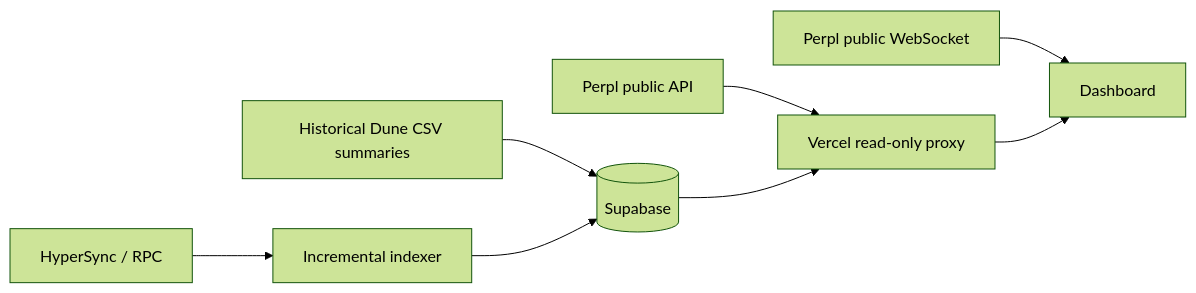
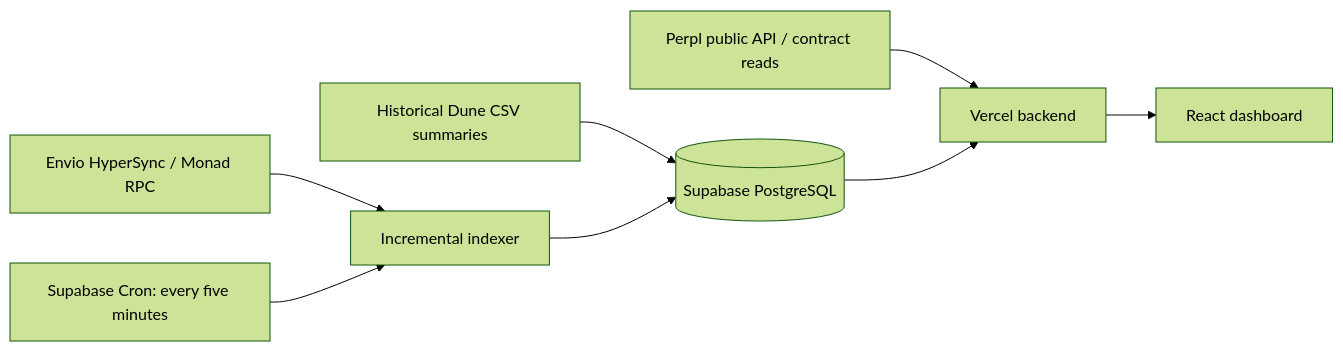
Before and after one commit to SohamP99/perpl-analytics: the diagram in README.md, drawn with Mermaid (forest theme). The commit also changed other lines of this file and 66 other files, not shown here.

````diff
--- a/README.md
+++ b/README.md
@@ -65,10 +23,10 @@
 ```mermaid
 flowchart LR
-  API[Perpl public API] --> V[Vercel read-only proxy]
-  WS[Perpl public WebSocket] --> UI[Dashboard]
-  H[HyperSync / RPC] --> I[Incremental indexer]
-  D[Historical Dune CSV summaries] --> DB[(Supabase)]
+  D[Historical Dune CSV summaries] --> DB[(Supabase PostgreSQL)]
+  H[Envio HyperSync / Monad RPC] --> I[Incremental indexer]
   I --> DB
+  P[Perpl public API / contract reads] --> V[Vercel backend]
   DB --> V
-  V --> UI
+  V --> UI[React dashboard]
+  C[Supabase Cron: every five minutes] --> I
 ```
````
